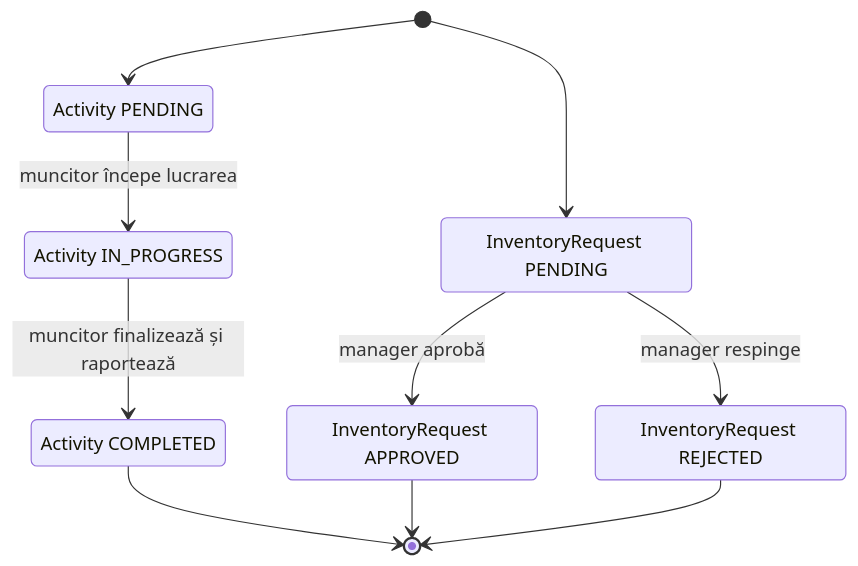
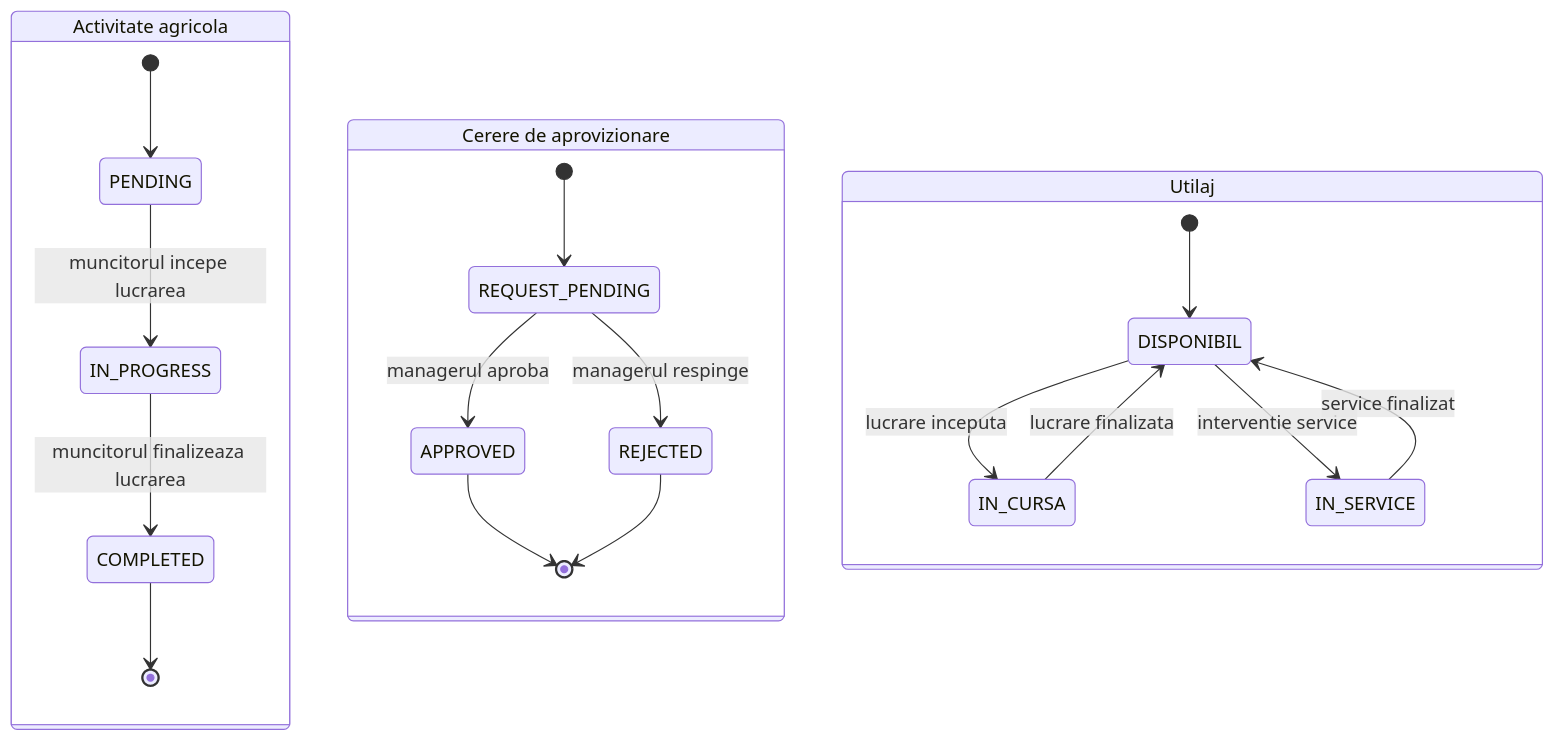
The diagram in docs/licenta/diagrame/figura_3_9_diagrama_stari.mmd (Doriann03/AgroManager), drawn with Mermaid before and after one commit. The commit also changed 61 other files, not shown here.

```diff
--- a/docs/licenta/diagrame/figura_3_9_diagrama_stari.mmd
+++ b/docs/licenta/diagrame/figura_3_9_diagrama_stari.mmd
@@ -1,17 +1,23 @@
 stateDiagram-v2
-    [*] --> ActivitatePlanificata
-    ActivitatePlanificata: Activity PENDING
-    ActivitateInLucru: Activity IN_PROGRESS
-    ActivitateFinalizata: Activity COMPLETED
-    ActivitatePlanificata --> ActivitateInLucru: muncitor începe lucrarea
-    ActivitateInLucru --> ActivitateFinalizata: muncitor finalizează și raportează
-    ActivitateFinalizata --> [*]
+    state "Activitate agricola" as Activitate {
+        [*] --> PENDING
+        PENDING --> IN_PROGRESS: muncitorul incepe lucrarea
+        IN_PROGRESS --> COMPLETED: muncitorul finalizeaza lucrarea
+        COMPLETED --> [*]
+    }
 
-    [*] --> CerereInAsteptare
-    CerereInAsteptare: InventoryRequest PENDING
-    CerereAprobata: InventoryRequest APPROVED
-    CerereRespinsa: InventoryRequest REJECTED
-    CerereInAsteptare --> CerereAprobata: manager aprobă
-    CerereInAsteptare --> CerereRespinsa: manager respinge
-    CerereAprobata --> [*]
-    CerereRespinsa --> [*]
+    state "Cerere de aprovizionare" as Cerere {
+        [*] --> REQUEST_PENDING
+        REQUEST_PENDING --> APPROVED: managerul aproba
+        REQUEST_PENDING --> REJECTED: managerul respinge
+        APPROVED --> [*]
+        REJECTED --> [*]
+    }
+
+    state "Utilaj" as Utilaj {
+        [*] --> DISPONIBIL
+        DISPONIBIL --> IN_CURSA: lucrare inceputa
+        IN_CURSA --> DISPONIBIL: lucrare finalizata
+        DISPONIBIL --> IN_SERVICE: interventie service
+        IN_SERVICE --> DISPONIBIL: service finalizat
+    }
```
